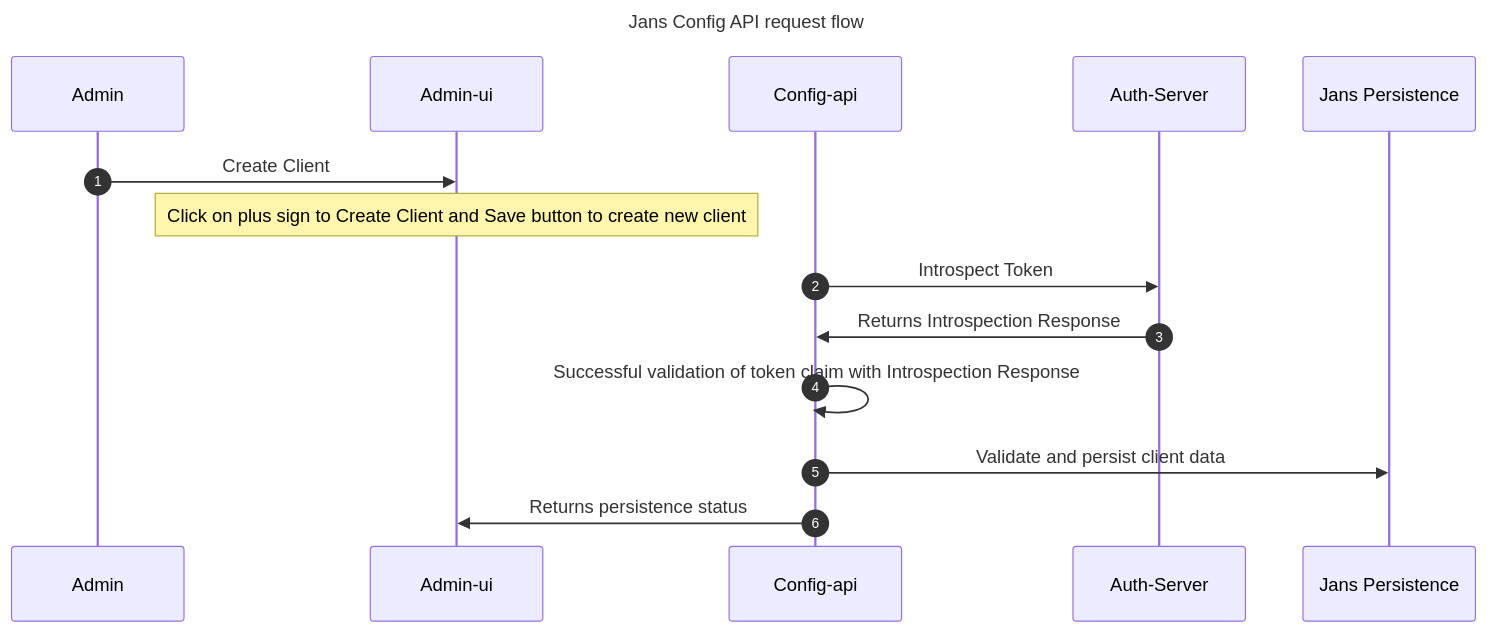
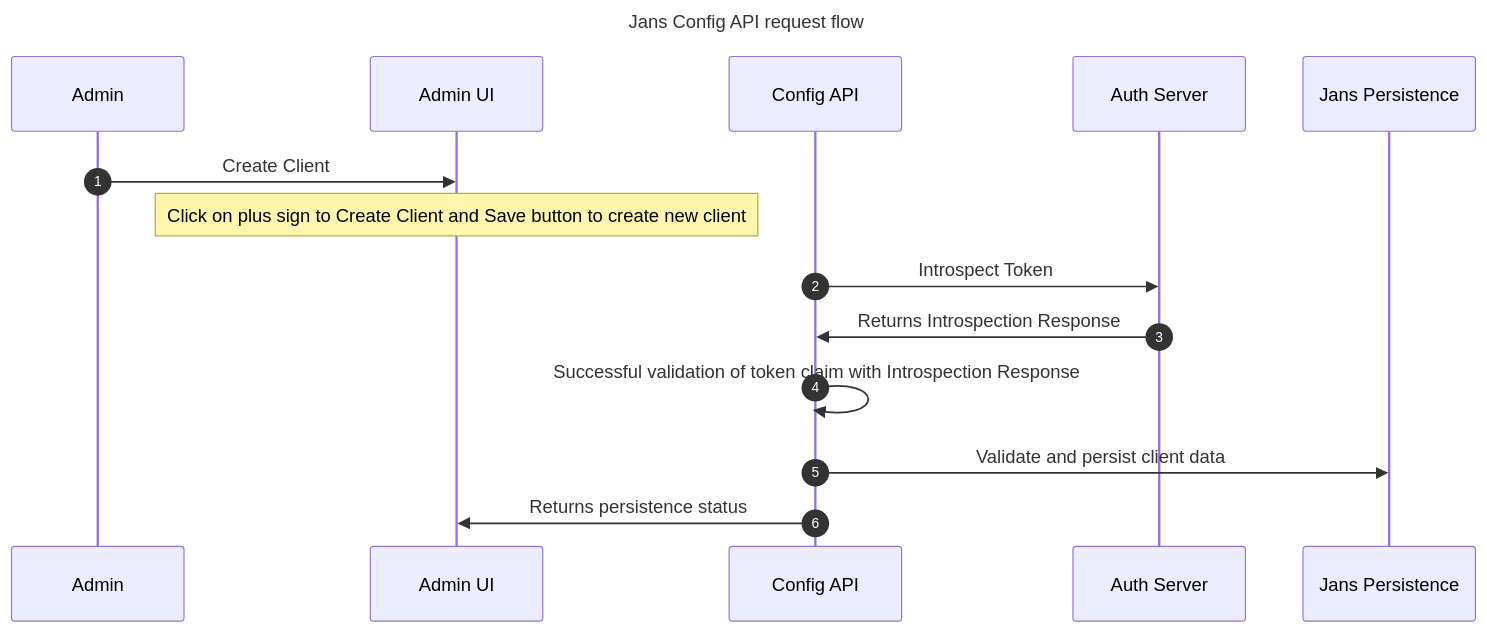
The diagram in docs/contribute/implementation-design/jans-config-api.md (JanssenProject/jans), drawn with Mermaid before and after one commit. The commit also changed other lines of this file, not shown here.

Commit message:
docs(config-api): fixed config-api sequence diagram

````diff
--- a/docs/contribute/implementation-design/jans-config-api.md
+++ b/docs/contribute/implementation-design/jans-config-api.md
@@ -25,20 +25,20 @@
 ```mermaid
 
 sequenceDiagram
 title Jans Config API request flow
-autonumber 1
+autonumber
 
 participant Admin
-participant Admin-ui
-participant Config-api
-participant Auth-Server
+participant Admin UI
+participant Config API
+participant Auth Server
 participant Jans Persistence
 
-Admin->>Admin-ui: Create Client
-note over Admin-ui: Click on plus sign to Create Client and Save button to create new client
-Config-api->>Auth-Server: Introspect Token
-Auth-Server->>Config-api: Returns Introspection Response
-Config-api->>Config-api: Successful validation of token claim with Introspection Response
-Config-api->>Jans Persistence: Validate and persist client data
-Config-api->>Admin-ui: Returns persistence status
+Admin->>Admin UI: Create Client
+note over Admin UI: Click on plus sign to Create Client and Save button to create new client
+Config API->>Auth Server: Introspect Token
+Auth Server->>Config API: Returns Introspection Response
+Config API->>Config API: Successful validation of token claim with Introspection Response
+Config API->>Jans Persistence: Validate and persist client data
+Config API->>Admin UI: Returns persistence status
 ```
````
